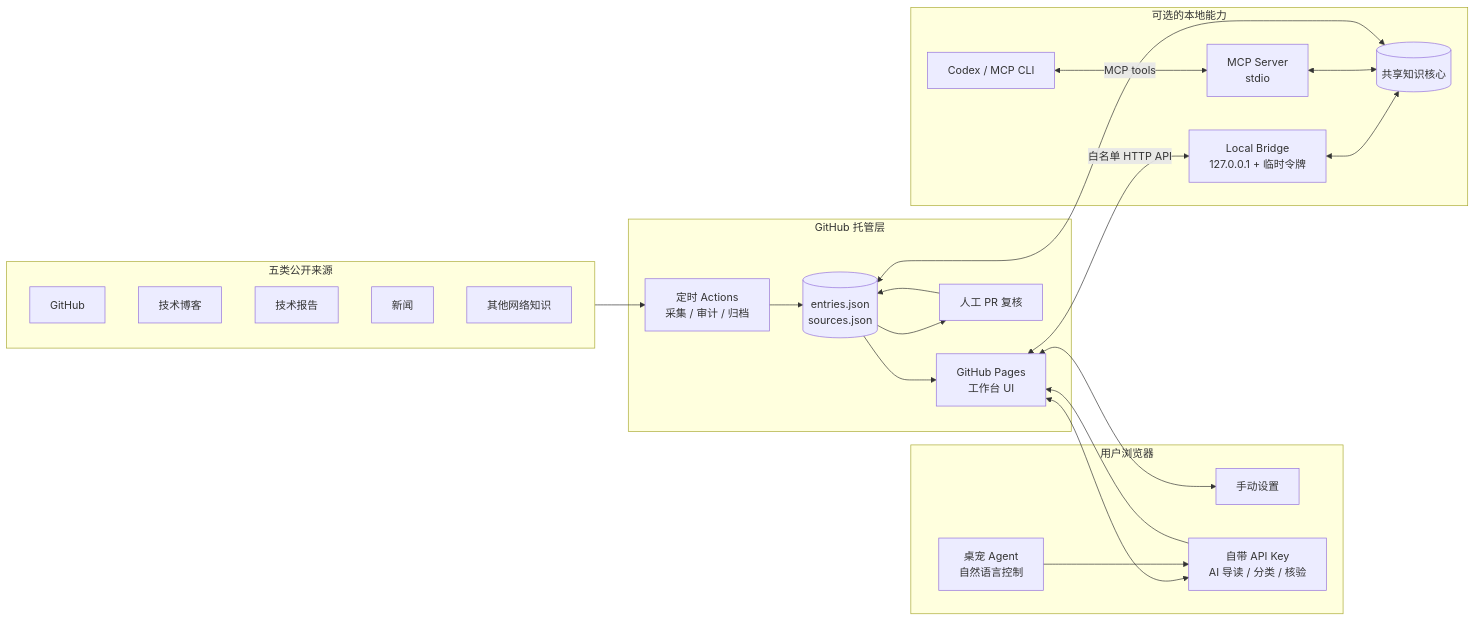
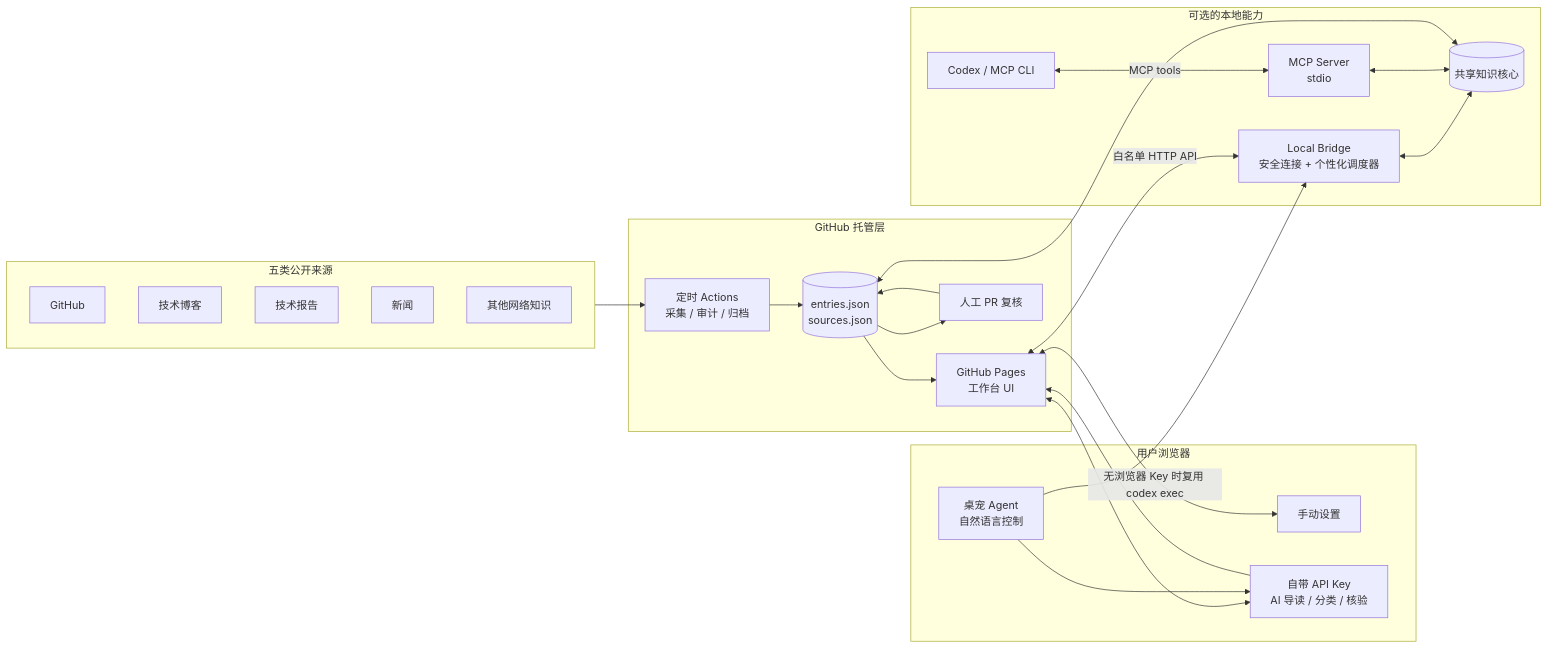
One commit to Alex-2000-m/agent-engineer-workbench changed the first of 2 diagrams in README.md. Above: the diagram before and after it, drawn with Mermaid. The commit also changed other lines of this file and 3 other files, not shown here.

````diff
--- a/README.md
+++ b/README.md
@@ -12,39 +12,40 @@
 ```mermaid
 flowchart LR
   subgraph Sources[五类公开来源]
     GH[GitHub]
     BL[技术博客]
     RP[技术报告]
     NW[新闻]
     WB[其他网络知识]
   end
 
   subgraph GitHub[GitHub 托管层]
     Actions[定时 Actions<br/>采集 / 审计 / 归档]
     Repo[(entries.json<br/>sources.json)]
     Pages[GitHub Pages<br/>工作台 UI]
     PR[人工 PR 复核]
   end
 
   subgraph Browser[用户浏览器]
     Manual[手动设置]
     BYOK[自带 API Key<br/>AI 导读 / 分类 / 核验]
     Pet[桌宠 Agent<br/>自然语言控制]
   end
 
   subgraph Local[可选的本地能力]
-    Bridge[Local Bridge<br/>127.0.0.1 + 临时令牌]
+    Bridge[Local Bridge<br/>安全连接 + 个性化调度器]
     Core[(共享知识核心)]
     MCP[MCP Server<br/>stdio]
     CLI[Codex / MCP CLI]
   end
 
   Sources --> Actions --> Repo --> Pages
   Repo --> PR --> Repo
   Pages <--> Manual
   Pages <--> BYOK
   Pet --> BYOK --> Pages
+  Pet -->|无浏览器 Key 时复用 codex exec| Bridge
   Pages <-->|白名单 HTTP API| Bridge <--> Core
   CLI <-->|MCP tools| MCP <--> Core
   Core <--> Repo
 ```
````
